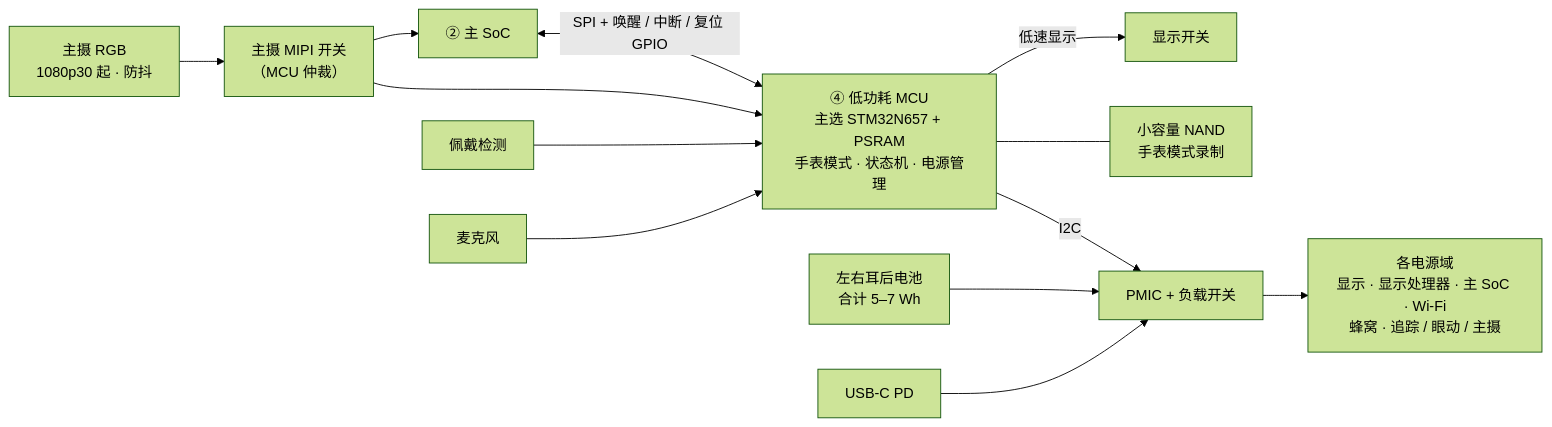
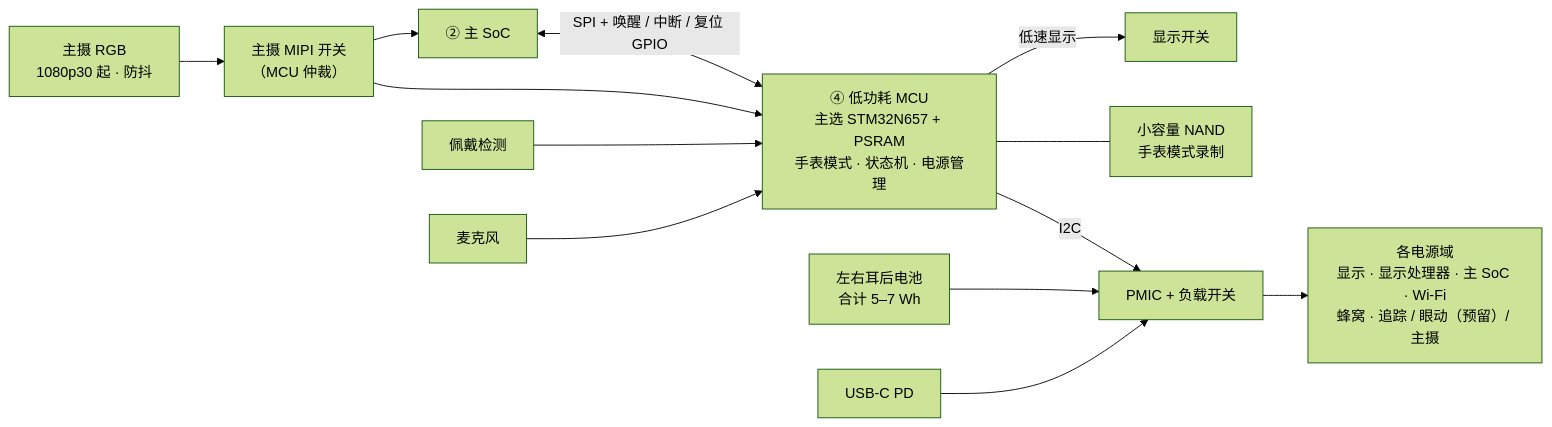
The third of 9 diagrams in docs/system-architecture.md (jodancain/independent-cellular-ai-glasses), drawn with Mermaid (forest theme) before and after one commit. The commit also changed other lines of this file and 10 other files, not shown here.

````diff
--- a/docs/system-architecture.md
+++ b/docs/system-architecture.md
@@ -112,27 +112,27 @@
 ```mermaid
 flowchart LR
   SOC["② 主 SoC"]
   MCU["④ 低功耗 MCU<br/>主选 STM32N657 + PSRAM<br/>手表模式 · 状态机 · 电源管理"]
   RGB["主摄 RGB<br/>1080p30 起 · 防抖"]
   CSW["主摄 MIPI 开关<br/>（MCU 仲裁）"]
   DSW["显示开关"]
   WEAR["佩戴检测"]
   MIC["麦克风"]
   NAND["小容量 NAND<br/>手表模式录制"]
   PMIC["PMIC + 负载开关"]
-  DOMS["各电源域<br/>显示 · 显示处理器 · 主 SoC · Wi-Fi<br/>蜂窝 · 追踪 / 眼动 / 主摄"]
+  DOMS["各电源域<br/>显示 · 显示处理器 · 主 SoC · Wi-Fi<br/>蜂窝 · 追踪 / 眼动（预留）/ 主摄"]
   BAT["左右耳后电池<br/>合计 5–7 Wh"]
   PD["USB-C PD"]
 
   SOC <-- "SPI + 唤醒 / 中断 / 复位 GPIO" --> MCU
   RGB --> CSW
   CSW --> MCU
   CSW --> SOC
   MCU -- "低速显示" --> DSW
   WEAR --> MCU
   MIC --> MCU
   MCU --- NAND
   MCU -- I2C --> PMIC --> DOMS
   BAT --> PMIC
   PD --> PMIC
 ```
````
